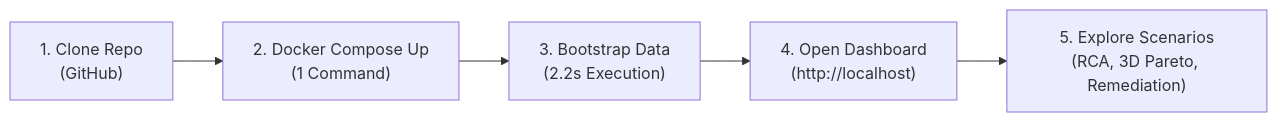
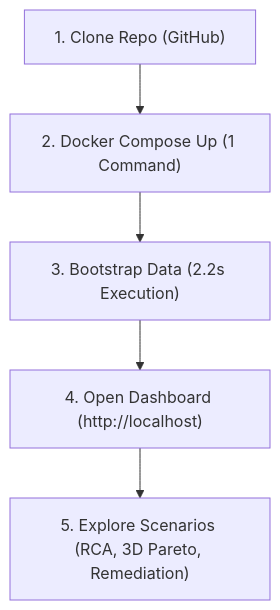
One commit to rishabh211200/TraceMind changed the diagram in docs/SHOWCASE_READINESS_AUDIT.md. Above: the diagram before and after it, drawn with Mermaid. The commit also changed 1 other file, not shown here.

Commit message:
docs(diagrams): convert to compact flowchart TD subgraphs to prevent GitHub render timeout

````diff
--- a/docs/SHOWCASE_READINESS_AUDIT.md
+++ b/docs/SHOWCASE_READINESS_AUDIT.md
@@ -128,7 +128,7 @@
 ```mermaid
-graph LR
-    A["1. Clone Repo<br/>(GitHub)"] --> B["2. Docker Compose Up<br/>(1 Command)"]
-    B --> C["3. Bootstrap Data<br/>(2.2s Execution)"]
-    C --> D["4. Open Dashboard<br/>(http://localhost)"]
-    D --> E["5. Explore Scenarios<br/>(RCA, 3D Pareto, Remediation)"]
+flowchart TD
+    A["1. Clone Repo (GitHub)"] --> B["2. Docker Compose Up (1 Command)"]
+    B --> C["3. Bootstrap Data (2.2s Execution)"]
+    C --> D["4. Open Dashboard (http://localhost)"]
+    D --> E["5. Explore Scenarios (RCA, 3D Pareto, Remediation)"]
 ```
````
